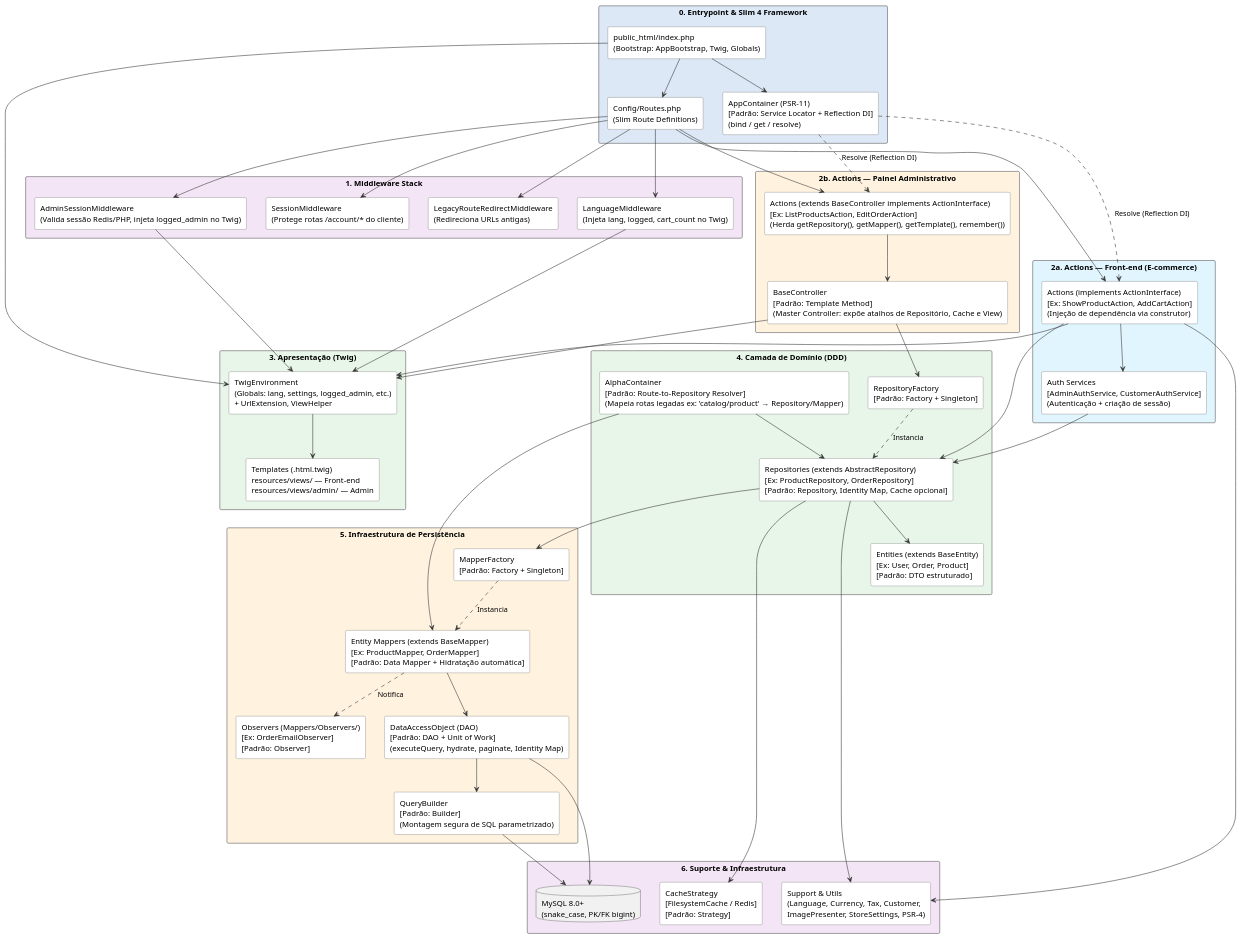
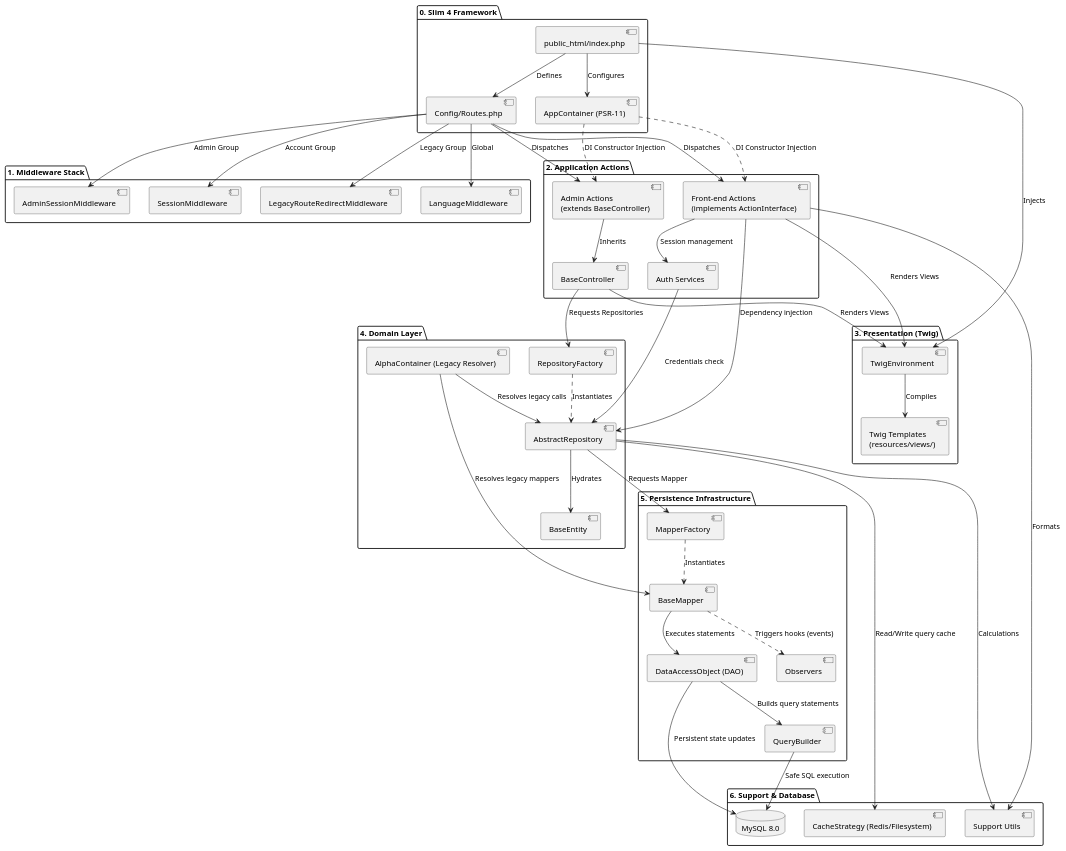
Before and after one commit to Wattrelos/Alpha_Engine: the diagram in docs/architecture/architectureDiagram.puml, drawn with PlantUML. The commit also changed 39 other files, not shown here.

```diff
--- a/docs/architecture/architectureDiagram.puml
+++ b/docs/architecture/architectureDiagram.puml
@@ -1,153 +1,105 @@
-@startuml
-' ─────────────────────────────────────────────────────────────────────────────
-' Alpha Engine — Diagrama de Arquitetura
-' Atualizado para refletir o estado atual do projeto (Slim 4, PSR-11, sem legado)
-' ─────────────────────────────────────────────────────────────────────────────
-skinparam rectangle {
-    BackgroundColor White
-    BorderColor #555555
-}
-skinparam packageStyle rectangle
-skinparam ArrowColor #333333
-skinparam NoteBorderColor #aaaaaa
-skinparam NoteBackgroundColor #fffde7
+@startuml "Alpha Engine - AI Optimized Architecture Diagram"
 
-' ═════════════════════════════════════════════════════════════════════════════
-' CAMADA 0 — Entrypoint & Framework
-' ═════════════════════════════════════════════════════════════════════════════
-package "0. Entrypoint & Slim 4 Framework" as Slim #dce8f5 {
-    rectangle "public_html/index.php\n(Bootstrap: AppBootstrap, Twig, Globals)" as Entrypoint
-    rectangle "Config/Routes.php\n(Slim Route Definitions)" as Routes
-    rectangle "AppContainer (PSR-11)\n[Padrão: Service Locator + Reflection DI]\n(bind / get / resolve)" as AppContainer
+' --- ENTRYPOINT & FRAMEWORK ---
+package "0. Slim 4 Framework" as Slim {
+  [public_html/index.php] as Entrypoint
+  [Config/Routes.php] as Routes
+  [AppContainer (PSR-11)] as Container
 }
 
-' ═════════════════════════════════════════════════════════════════════════════
-' CAMADA 1 — Middleware Stack
-' ═════════════════════════════════════════════════════════════════════════════
-package "1. Middleware Stack" as Middlewares #f3e5f5 {
-    rectangle "LanguageMiddleware\n(Injeta lang, logged, cart_count no Twig)" as LangMW
-    rectangle "AdminSessionMiddleware\n(Valida sessão Redis/PHP, injeta logged_admin no Twig)" as AdminMW
-    rectangle "SessionMiddleware\n(Protege rotas /account/* do cliente)" as SessionMW
-    rectangle "LegacyRouteRedirectMiddleware\n(Redireciona URLs antigas)" as LegacyMW
+' --- MIDDLEWARE STACK ---
+package "1. Middleware Stack" as Middlewares {
+  [LanguageMiddleware] as LangMW
+  [AdminSessionMiddleware] as AdminMW
+  [SessionMiddleware] as SessionMW
+  [LegacyRouteRedirectMiddleware] as LegacyMW
 }
 
-' ═════════════════════════════════════════════════════════════════════════════
-' CAMADA 2A — Actions do Front-end (E-commerce)
-' ═════════════════════════════════════════════════════════════════════════════
-package "2a. Actions — Front-end (E-commerce)" as FrontActions #e1f5fe {
-    rectangle "Actions (implements ActionInterface)\n[Ex: ShowProductAction, AddCartAction]\n(Injeção de dependência via construtor)" as FrontAction
-    rectangle "Auth Services\n[AdminAuthService, CustomerAuthService]\n(Autenticação + criação de sessão)" as AuthServices
+' --- ACTIONS (CONTROLLERS) ---
+package "2. Application Actions" as Actions {
+  [Front-end Actions\n(implements ActionInterface)] as FrontAction
+  [Admin Actions\n(extends BaseController)] as AdminAction
+  [BaseController] as BaseCtrl
+  [Auth Services] as AuthServices
 }
 
-' ═════════════════════════════════════════════════════════════════════════════
-' CAMADA 2B — Actions do Painel Admin
-' ═════════════════════════════════════════════════════════════════════════════
-package "2b. Actions — Painel Administrativo" as AdminActions #fff3e0 {
-    rectangle "Actions (extends BaseController implements ActionInterface)\n[Ex: ListProductsAction, EditOrderAction]\n(Herda getRepository(), getMapper(), getTemplate(), remember())" as AdminAction
-    rectangle "BaseController\n[Padrão: Template Method]\n(Master Controller: expõe atalhos de Repositório, Cache e View)" as BaseCtrl
+' --- PRESENTATION LAYER ---
+package "3. Presentation (Twig)" as TwigLayer {
+  [TwigEnvironment] as Twig
+  [Twig Templates\n(resources/views/)] as Views
 }
 
-' ═════════════════════════════════════════════════════════════════════════════
-' CAMADA 3 — Apresentação (Twig)
-' ═════════════════════════════════════════════════════════════════════════════
-package "3. Apresentação (Twig)" as Apresentacao #e8f5e9 {
-    rectangle "TwigEnvironment\n(Globals: lang, settings, logged_admin, etc.)\n+ UrlExtension, ViewHelper" as Twig
-    rectangle "Templates (.html.twig)\nresources/views/ — Front-end\nresources/views/admin/ — Admin" as Views
+' --- DOMAIN LAYER (DDD) ---
+package "4. Domain Layer" as Domain {
+  [RepositoryFactory] as RepoFactory
+  [AbstractRepository] as Repos
+  [BaseEntity] as Entities
+  [AlphaContainer (Legacy Resolver)] as AlphaContainer
 }
 
-' ═════════════════════════════════════════════════════════════════════════════
-' CAMADA 4 — Domínio (Repositórios + Entidades)
-' ═════════════════════════════════════════════════════════════════════════════
-package "4. Camada de Domínio (DDD)" as Dominio #e8f5e9 {
-    rectangle "RepositoryFactory\n[Padrão: Factory + Singleton]" as RepoFactory
-    rectangle "Repositories (extends AbstractRepository)\n[Ex: ProductRepository, OrderRepository]\n[Padrão: Repository, Identity Map, Cache opcional]" as Repos
-    rectangle "Entities (extends BaseEntity)\n[Ex: User, Order, Product]\n[Padrão: DTO estruturado]" as Entities
-    rectangle "AlphaContainer\n[Padrão: Route-to-Repository Resolver]\n(Mapeia rotas legadas ex: 'catalog/product' → Repository/Mapper)" as AlphaContainer
+' --- PERSISTENCE LAYER ---
+package "5. Persistence Infrastructure" as Persistence {
+  [MapperFactory] as MapperFactory
+  [BaseMapper] as Mappers
+  [Observers] as Observers
+  [DataAccessObject (DAO)] as DAO
+  [QueryBuilder] as QB
 }
 
-' ═════════════════════════════════════════════════════════════════════════════
-' CAMADA 5 — Infraestrutura de Persistência
-' ═════════════════════════════════════════════════════════════════════════════
-package "5. Infraestrutura de Persistência" as Persistencia #fff3e0 {
-    rectangle "MapperFactory\n[Padrão: Factory + Singleton]" as MapperFactory
-    rectangle "Entity Mappers (extends BaseMapper)\n[Ex: ProductMapper, OrderMapper]\n[Padrão: Data Mapper + Hidratação automática]" as Mappers
-    rectangle "Observers (Mappers/Observers/)\n[Ex: OrderEmailObserver]\n[Padrão: Observer]" as Observers
-    rectangle "DataAccessObject (DAO)\n[Padrão: DAO + Unit of Work]\n(executeQuery, hydrate, paginate, Identity Map)" as DAO
-    rectangle "QueryBuilder\n[Padrão: Builder]\n(Montagem segura de SQL parametrizado)" as QB
+' --- INFRASTRUCTURE & SUPPORT ---
+package "6. Support & Database" as SupportLayer {
+  database "MySQL 8.0" as MySQL
+  [CacheStrategy (Redis/Filesystem)] as Cache
+  [Support Utils] as Support
 }
 
-' ═════════════════════════════════════════════════════════════════════════════
-' CAMADA 6 — Suporte & Infraestrutura
-' ═════════════════════════════════════════════════════════════════════════════
-package "6. Suporte & Infraestrutura" as Infra #f3e5f5 {
-    database "MySQL 8.0+\n(snake_case, PK/FK bigint)" as MySQL
-    rectangle "CacheStrategy\n[FilesystemCache / Redis]\n[Padrão: Strategy]" as Cache
-    rectangle "Support & Utils\n(Language, Currency, Tax, Customer,\nImagePresenter, StoreSettings, PSR-4)" as Support
-}
+' --- RELATIONSHIPS (FLOW OF COUPLING) ---
 
-' ─────────────────────────────────────────────────────────────────────────────
-' RELACIONAMENTOS
-' ─────────────────────────────────────────────────────────────────────────────
+' Bootstrapping
+Entrypoint --> Routes : Defines
+Entrypoint --> Container : Configures
+Entrypoint --> Twig : Injects
 
-' Bootstrap
-Entrypoint --> Routes
-Entrypoint --> AppContainer
-Entrypoint --> Twig
+' Routing to Actions
+Routes --> LangMW : Global
+Routes --> AdminMW : Admin Group
+Routes --> SessionMW : Account Group
+Routes --> LegacyMW : Legacy Group
+Routes --> FrontAction : Dispatches
+Routes --> AdminAction : Dispatches
 
-' Slim Routes disparam Middlewares → Actions
-Routes --> LangMW
-Routes --> AdminMW
-Routes --> SessionMW
-Routes --> LegacyMW
-Routes --> FrontAction
-Routes --> AdminAction
+' Action Resolution & Execution
+Container ..> FrontAction : DI Constructor Injection
+Container ..> AdminAction : DI Constructor Injection
+AdminAction --> BaseCtrl : Inherits
+BaseCtrl --> RepoFactory : Requests Repositories
+BaseCtrl --> Twig : Renders Views
+FrontAction --> Twig : Renders Views
+FrontAction --> Repos : Dependency injection
+FrontAction --> AuthServices : Session management
+AuthServices --> Repos : Credentials check
 
-' AppContainer resolve dependências das Actions
-AppContainer ..> FrontAction : Resolve (Reflection DI)
-AppContainer ..> AdminAction : Resolve (Reflection DI)
+' View Layer
+Twig --> Views : Compiles
 
-' Middlewares injetam globals no Twig
-LangMW --> Twig
-AdminMW --> Twig
+' Domain Layer
+RepoFactory ..> Repos : Instantiates
+Repos --> Entities : Hydrates
+Repos --> MapperFactory : Requests Mapper
+Repos --> Cache : Read/Write query cache
+AlphaContainer --> Repos : Resolves legacy calls
+AlphaContainer --> Mappers : Resolves legacy mappers
 
-' Front-end Actions
-FrontAction --> Twig
-FrontAction --> Repos
-FrontAction --> AuthServices
+' Persistence Layer
+MapperFactory ..> Mappers : Instantiates
+Mappers ..> Observers : Triggers hooks (events)
+Mappers --> DAO : Executes statements
+DAO --> QB : Builds query statements
+DAO --> MySQL : Persistent state updates
+QB --> MySQL : Safe SQL execution
 
-' Admin Actions
-AdminAction --> BaseCtrl
-BaseCtrl --> RepoFactory
-BaseCtrl --> Twig
-
-' Auth Services acessam repositórios
-AuthServices --> Repos
-
-' AlphaContainer: resolve modelo legado → Repositório/Mapper moderno
-AlphaContainer --> Repos
-AlphaContainer --> Mappers
-
-' Twig renderiza Views
-Twig --> Views
-
-' Repositórios: Factory + Instância
-RepoFactory ..> Repos : Instancia
-Repos --> Entities
-Repos --> MapperFactory
-Repos --> Cache
-
-' Mappers: Factory + Instância + Observers
-MapperFactory ..> Mappers : Instancia
-Mappers ..> Observers : Notifica
-Mappers --> DAO
-
-' Persistência
-DAO --> QB
-DAO --> MySQL
-QB --> MySQL
-
-' Suporte transversal
-Repos --> Support
-FrontAction --> Support
+' Support cross-cutting concerns
+Repos --> Support : Calculations
+FrontAction --> Support : Formats
 
 @enduml
```
